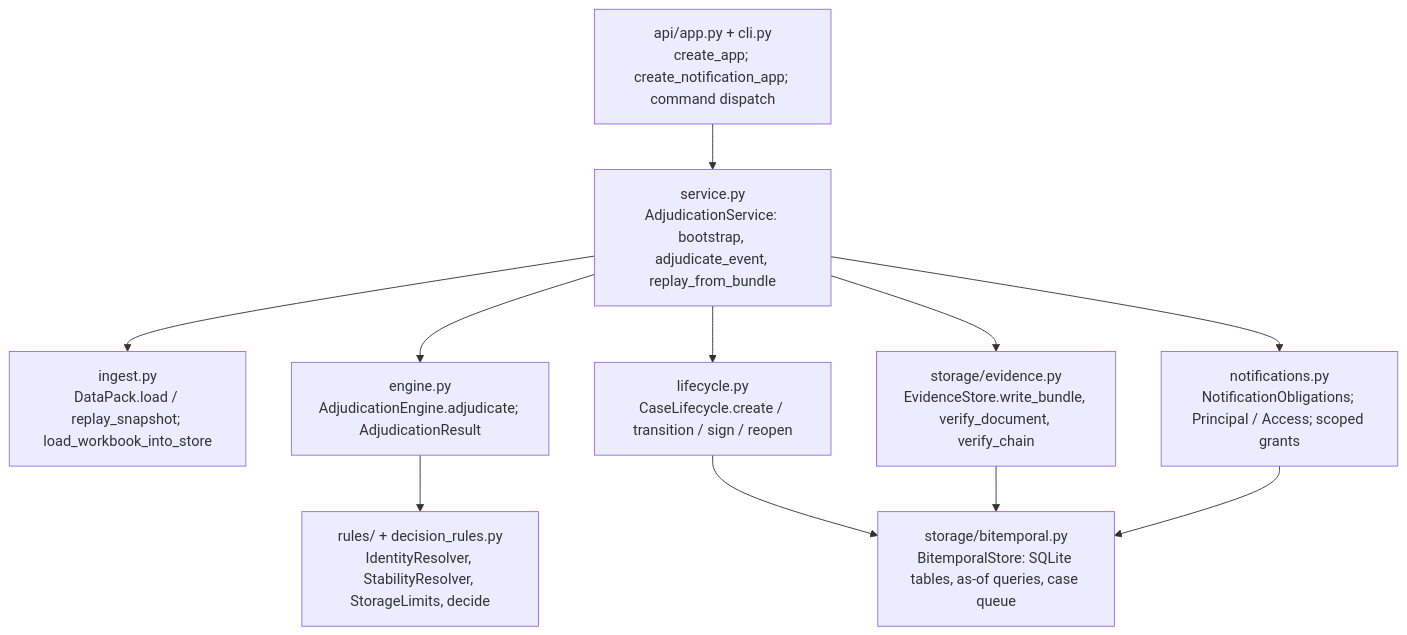
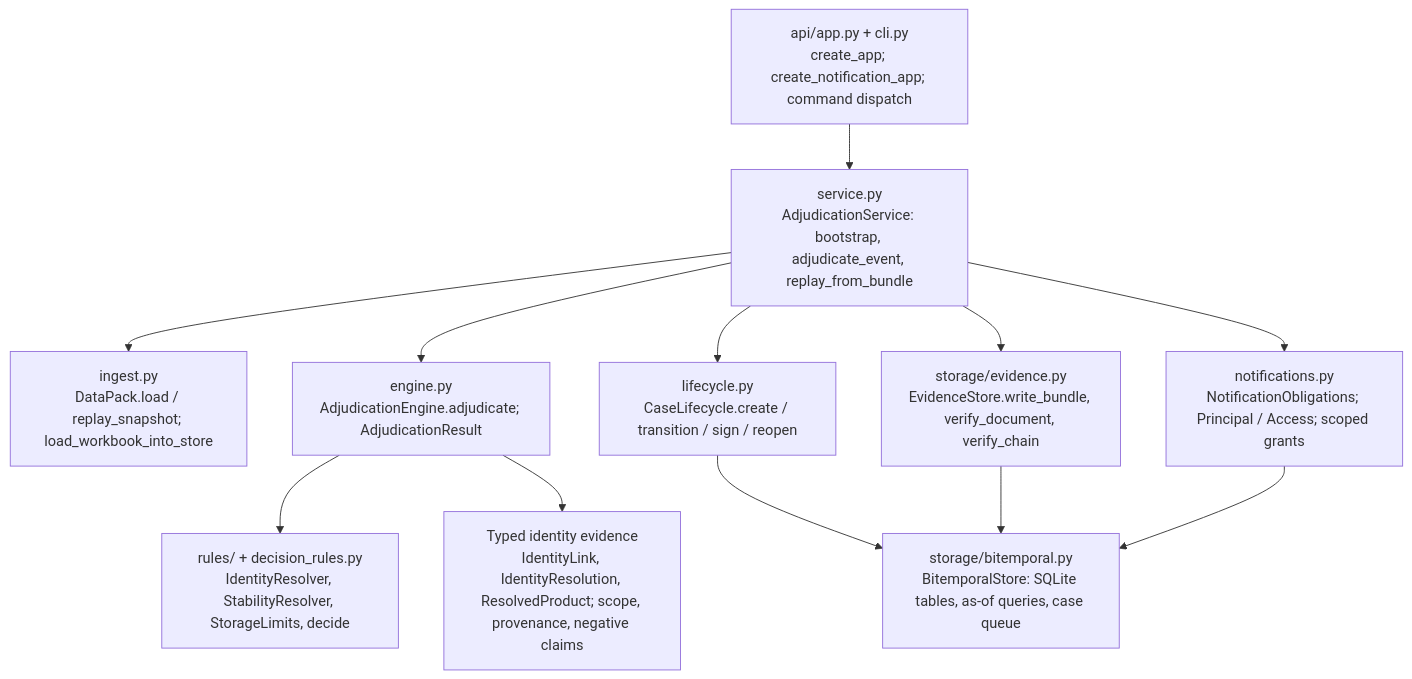
The diagram in docs/diagrams/lld.mmd (Zulfiqar7862/kestrel-adjudication-case-study), drawn with Mermaid before and after one commit. The commit also changed 57 other files, not shown here.

Commit message:
Record scoped typed identity claims and block unresolved product merges

```diff
--- a/docs/diagrams/lld.mmd
+++ b/docs/diagrams/lld.mmd
@@ -1,20 +1,22 @@
 flowchart TB
     Service["service.py<br/>AdjudicationService: bootstrap, adjudicate_event, replay_from_bundle"]
     Pack["ingest.py<br/>DataPack.load / replay_snapshot; load_workbook_into_store"]
     API["api/app.py + cli.py<br/>create_app; create_notification_app; command dispatch"]
     Engine["engine.py<br/>AdjudicationEngine.adjudicate; AdjudicationResult"]
     Rules["rules/ + decision_rules.py<br/>IdentityResolver, StabilityResolver, StorageLimits, decide"]
     Evidence["storage/evidence.py<br/>EvidenceStore.write_bundle, verify_document, verify_chain"]
     Store["storage/bitemporal.py<br/>BitemporalStore: SQLite tables, as-of queries, case queue"]
     Lifecycle["lifecycle.py<br/>CaseLifecycle.create / transition / sign / reopen"]
     Notify["notifications.py<br/>NotificationObligations; Principal / Access; scoped grants"]
+    Identity["Typed identity evidence<br/>IdentityLink, IdentityResolution, ResolvedProduct; scope, provenance, negative claims"]
     API --> Service
     Service --> Pack
     Service --> Engine
     Engine --> Rules
     Service --> Evidence
     Service --> Lifecycle
     Lifecycle --> Store
     Evidence --> Store
     Service --> Notify
     Notify --> Store
+    Engine --> Identity
```
